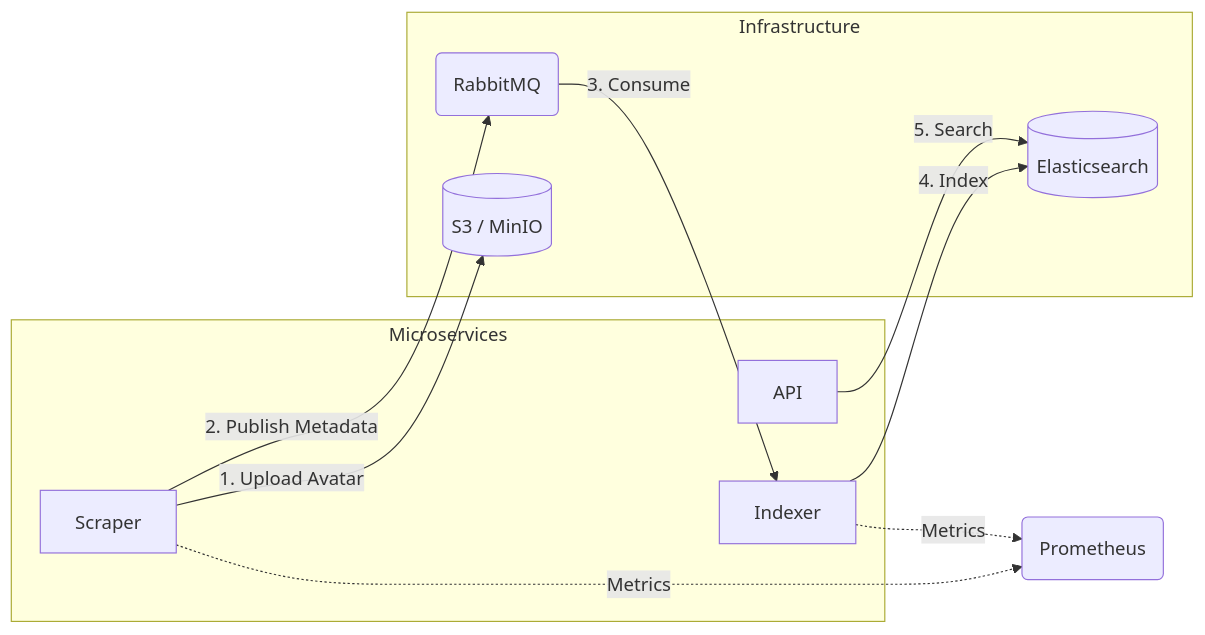
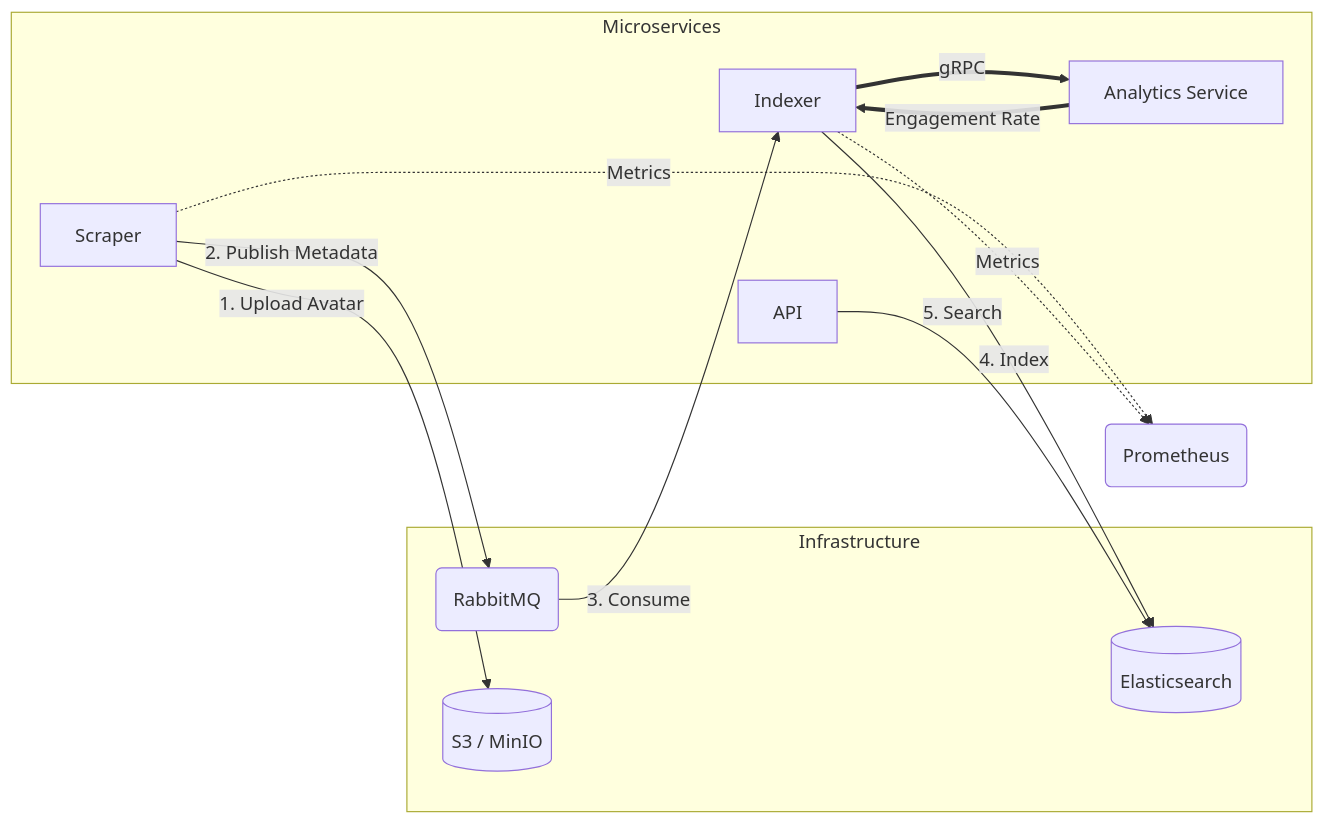
Before and after one commit to Anis-Hammoudi/influScope: the diagram in README.md, drawn with Mermaid. The commit also changed other lines of this file, not shown here.

Commit message:
docs: update README to reflect changes in architecture and add details about the Analytics Service and its integration with gRPC

````diff
--- a/README.md
+++ b/README.md
@@ -13,25 +20,28 @@
 ```mermaid
 graph LR
-    subgraph "Infrastructure"
-        ES[(Elasticsearch)]
-        RMQ(RabbitMQ)
-        S3[(S3 / MinIO)]
-    end
+subgraph "Infrastructure"
+ES[(Elasticsearch)]
+RMQ(RabbitMQ)
+S3[(S3 / MinIO)]
+end
 
     subgraph "Microservices"
         Scraper
         Indexer
+        Analytics[Analytics Service]
         API
     end
 
     Scraper -->|1. Upload Avatar| S3
     Scraper -->|2. Publish Metadata| RMQ
 
     RMQ -->|3. Consume| Indexer
+    Indexer == gRPC ==> Analytics
+    Analytics == Engagement Rate ==> Indexer
     Indexer -->|4. Index| ES
 
     API -->|5. Search| ES
 
     Scraper -.->|Metrics| Prom(Prometheus)
     Indexer -.->|Metrics| Prom
 ```
````
